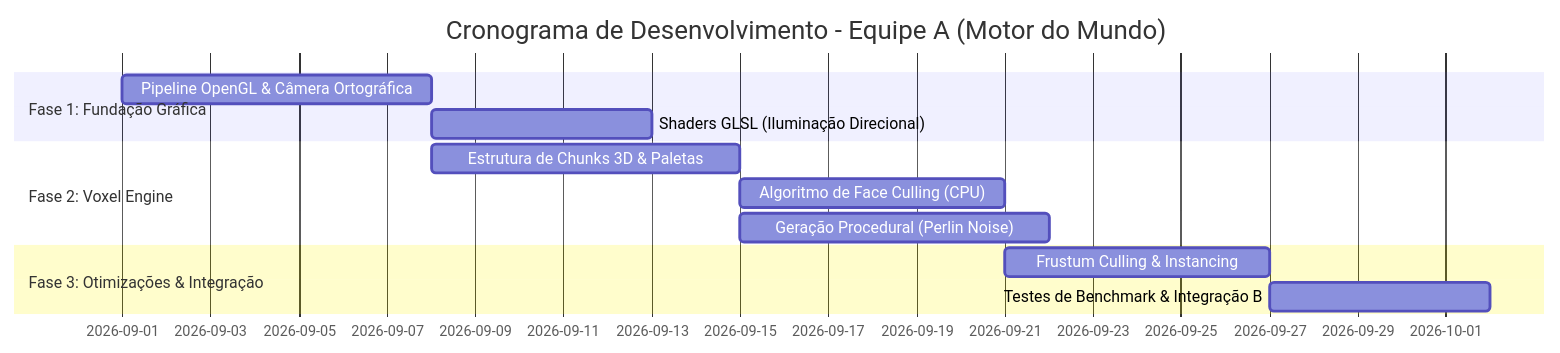
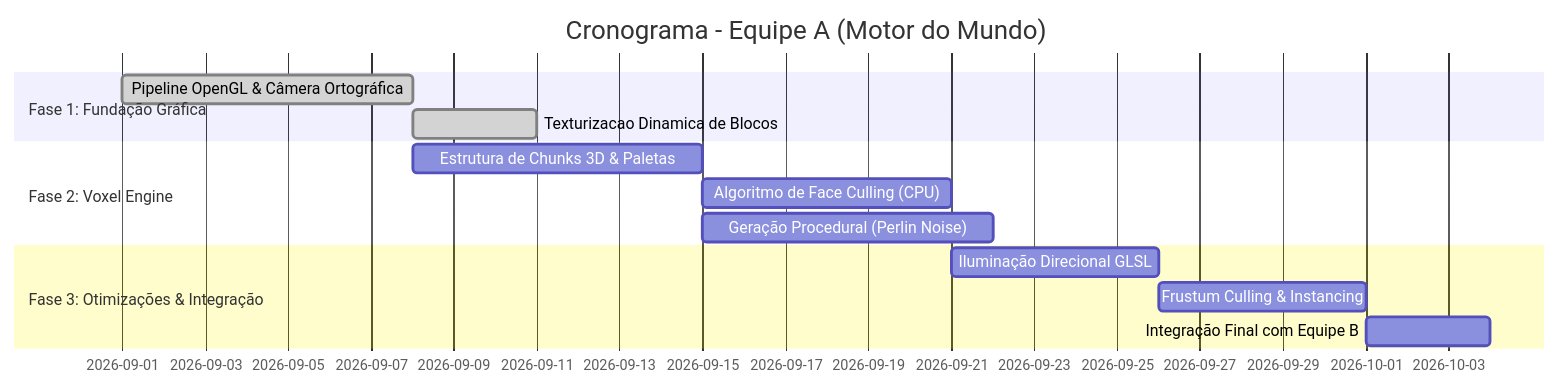
One commit to Ak4ai/Isometricon changed the first of 2 diagrams in README.md. Above: the diagram before and after it, drawn with Mermaid. The commit also changed other lines of this file and 3 other files, not shown here.

First line of the commit message:
docs: adiciona estrutura completa da Equipe B ao repositorio

````diff
--- a/README.md
+++ b/README.md
@@ -106,15 +142,16 @@
 ```mermaid
 gantt
-    title Cronograma de Desenvolvimento - Equipe A (Motor do Mundo)
+    title Cronograma - Equipe A (Motor do Mundo)
     dateFormat  YYYY-MM-DD
     section Fase 1: Fundação Gráfica
-    Pipeline OpenGL & Câmera Ortográfica :a1, 2026-09-01, 7d
-    Shaders GLSL (Iluminação Direcional) :a2, after a1, 5d
+    Pipeline OpenGL & Câmera Ortográfica    :done, a1, 2026-09-01, 7d
+    Texturizacao Dinamica de Blocos         :done, a2, after a1, 3d
     section Fase 2: Voxel Engine
-    Estrutura de Chunks 3D & Paletas    :b1, after a1, 7d
-    Algoritmo de Face Culling (CPU)     :b2, after b1, 6d
-    Geração Procedural (Perlin Noise)   :b3, after b1, 7d
+    Estrutura de Chunks 3D & Paletas        :b1, 2026-09-08, 7d
+    Algoritmo de Face Culling (CPU)         :b2, after b1, 6d
+    Geração Procedural (Perlin Noise)       :b3, after b1, 7d
     section Fase 3: Otimizações & Integração
-    Frustum Culling & Instancing        :c1, after b2, 6d
-    Testes de Benchmark & Integração B  :c2, after c1, 5d
+    Iluminação Direcional GLSL              :c1, after b2, 5d
+    Frustum Culling & Instancing            :c2, after c1, 5d
+    Integração Final com Equipe B           :c3, after c2, 3d
 ```
````
